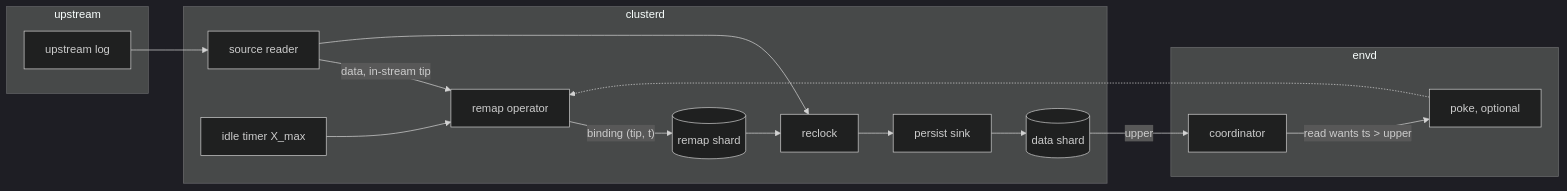
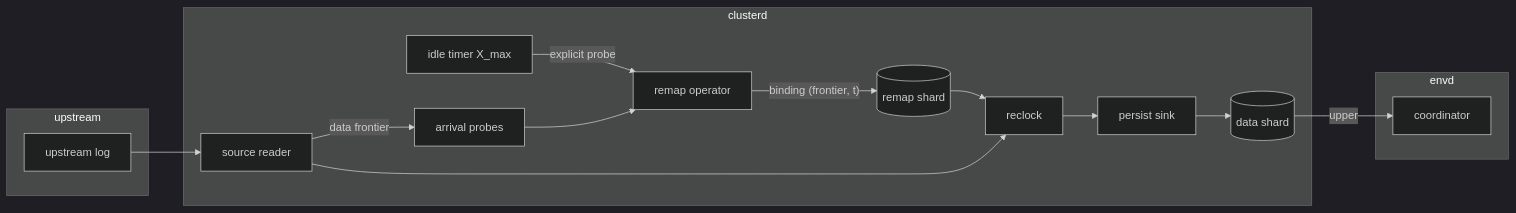
The diagram in doc/developer/design/20260912_tickless_frontiers.md (MaterializeInc/materialize), drawn with Mermaid (dark theme) before and after one commit. The commit also changed other lines of this file, not shown here.

````diff
--- a/doc/developer/design/20260912_tickless_frontiers.md
+++ b/doc/developer/design/20260912_tickless_frontiers.md
@@ -70,20 +77,20 @@
 ```mermaid
 flowchart LR
     subgraph upstream
         U[upstream log]
     end
     subgraph clusterd
-        R[source reader] -->|data, in-stream tip| M[remap operator]
-        T[idle timer X_max] --> M
-        M -->|"binding (tip, t)"| RS[(remap shard)]
+        R[source reader] -->|data frontier| A[arrival probes]
+        T[idle timer X_max] -->|explicit probe| M[remap operator]
+        A --> M
+        M -->|"binding (frontier, t)"| RS[(remap shard)]
         RS --> RC[reclock]
         R --> RC
         RC --> PS[persist sink] --> DS[(data shard)]
     end
     subgraph envd
-        C[coordinator] -->|read wants ts > upper| P[poke, optional]
-        P -.-> M
+        C[coordinator]
     end
     U --> R
     DS -->|upper| C
 ```
````
